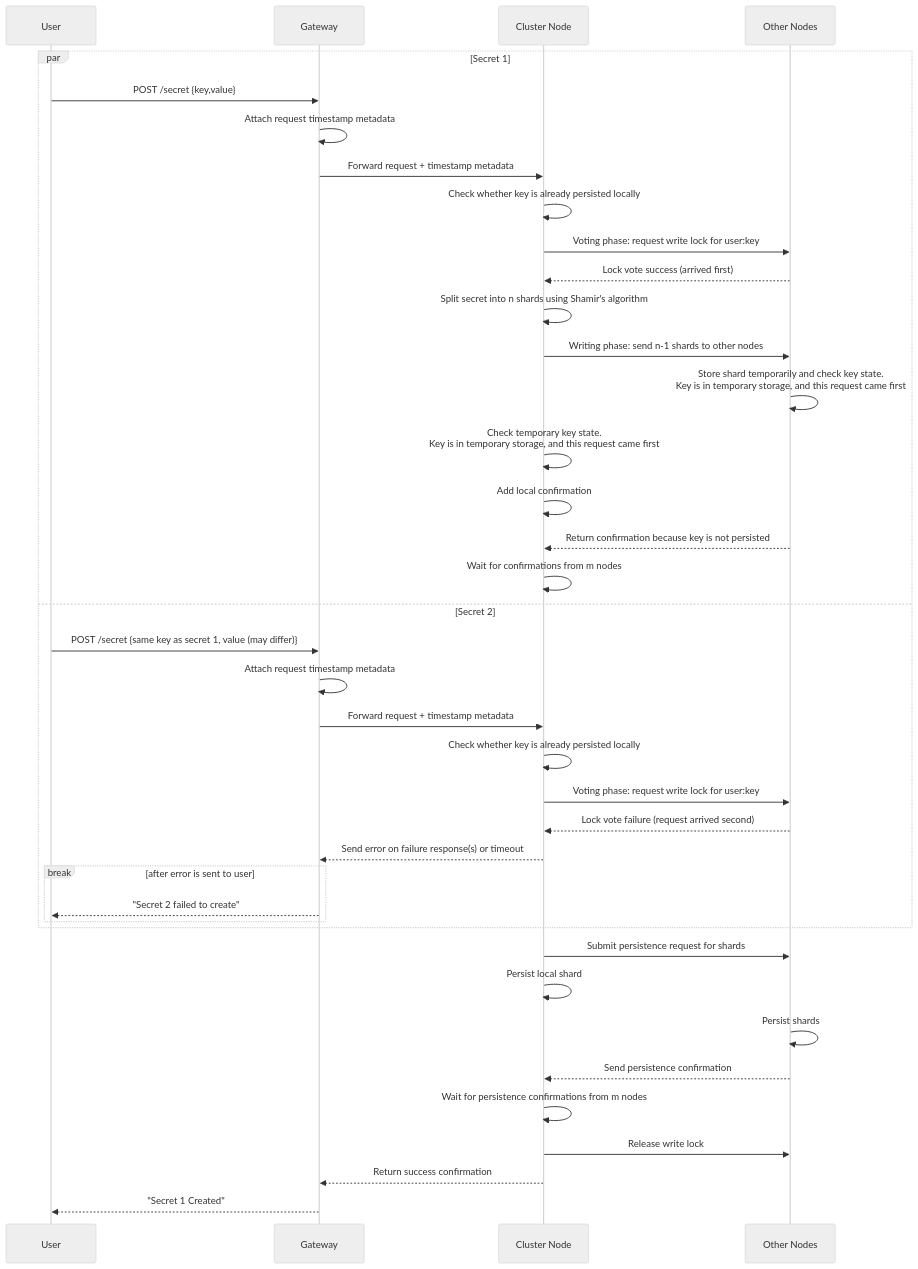
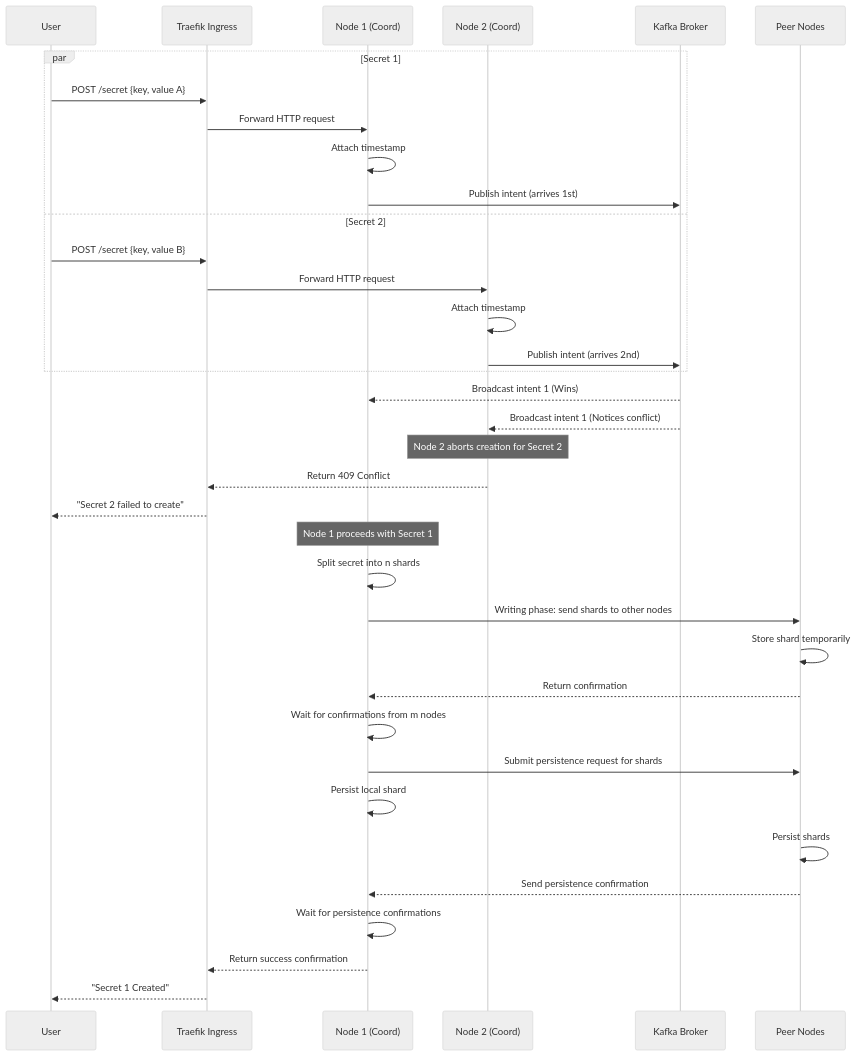
Before and after one commit to S26-Distributed-Capstone/DistributedSecretsVault: the second of 2 diagrams in docs/crud/create.md, drawn with Mermaid (neutral theme). The commit also changed other lines of this file and 7 other files, not shown here.

````diff
--- a/docs/crud/create.md
+++ b/docs/crud/create.md
@@ -74,41 +76,42 @@
 ```mermaid
 sequenceDiagram
     participant User
-    participant Gateway
-    participant Node as Cluster Node
-    participant Peers as Other Nodes
+    participant Ingress as Traefik Ingress
+    participant Node1 as Node 1 (Coord)
+    participant Node2 as Node 2 (Coord)
+    participant Kafka as Kafka Broker
+    participant Peers as Peer Nodes
+    
     par Secret 1
-      User->>Gateway: POST /secret {key,value}
-      Gateway->>Gateway: Attach request timestamp metadata
-      Gateway->>Node: Forward request + timestamp metadata
-      Node->>Node: Check whether key is already persisted locally
-      Node->>Peers: Voting phase: request write lock for user:key
-      Peers-->>Node: Lock vote success (arrived first)
-      Node->>Node: Split secret into n shards using Shamir's algorithm
-      Node->>Peers: Writing phase: send n-1 shards to other nodes
-      Peers->>Peers: Store shard temporarily and check key state.<br>Key is in temporary storage, and this request came first
-      Node->>Node: Check temporary key state.<br>Key is in temporary storage, and this request came first
-      Node->>Node: Add local confirmation
-      Peers-->>Node: Return confirmation because key is not persisted
-      Node->>Node: Wait for confirmations from m nodes
+      User->>Ingress: POST /secret {key, value A}
+      Ingress->>Node1: Forward HTTP request
+      Node1->>Node1: Attach timestamp
+      Node1->>Kafka: Publish intent (arrives 1st)
     and Secret 2
-      User->>Gateway: POST /secret {same key as secret 1, value (may differ)}
-      Gateway->>Gateway: Attach request timestamp metadata
-      Gateway->>Node: Forward request + timestamp metadata
-      Node->>Node: Check whether key is already persisted locally
-      Node->>Peers: Voting phase: request write lock for user:key
-      Peers-->>Node: Lock vote failure (request arrived second)
-      Node-->>Gateway: Send error on failure response(s) or timeout
-      break after error is sent to user
-        Gateway-->>User: "Secret 2 failed to create"
-      end
+      User->>Ingress: POST /secret {key, value B}
+      Ingress->>Node2: Forward HTTP request
+      Node2->>Node2: Attach timestamp
+      Node2->>Kafka: Publish intent (arrives 2nd)
     end
-    Node->>Peers: Submit persistence request for shards
-    Node->>Node: Persist local shard
+    
+    Kafka-->>Node1: Broadcast intent 1 (Wins)
+    Kafka-->>Node2: Broadcast intent 1 (Notices conflict)
+    
+    Note over Node2: Node 2 aborts creation for Secret 2
+    Node2-->>Ingress: Return 409 Conflict
+    Ingress-->>User: "Secret 2 failed to create"
+    
+    Note over Node1: Node 1 proceeds with Secret 1
+    Node1->>Node1: Split secret into n shards
+    Node1->>Peers: Writing phase: send shards to other nodes
+    Peers->>Peers: Store shard temporarily
+    Peers-->>Node1: Return confirmation
+    Node1->>Node1: Wait for confirmations from m nodes
+    Node1->>Peers: Submit persistence request for shards
+    Node1->>Node1: Persist local shard
     Peers->>Peers: Persist shards
-    Peers-->>Node: Send persistence confirmation
-    Node->>Node: Wait for persistence confirmations from m nodes
-    Node->>Peers: Release write lock
-    Node-->>Gateway: Return success confirmation
-    Gateway-->>User: "Secret 1 Created"
+    Peers-->>Node1: Send persistence confirmation
+    Node1->>Node1: Wait for persistence confirmations
+    Node1-->>Ingress: Return success confirmation
+    Ingress-->>User: "Secret 1 Created"
 ```
````
